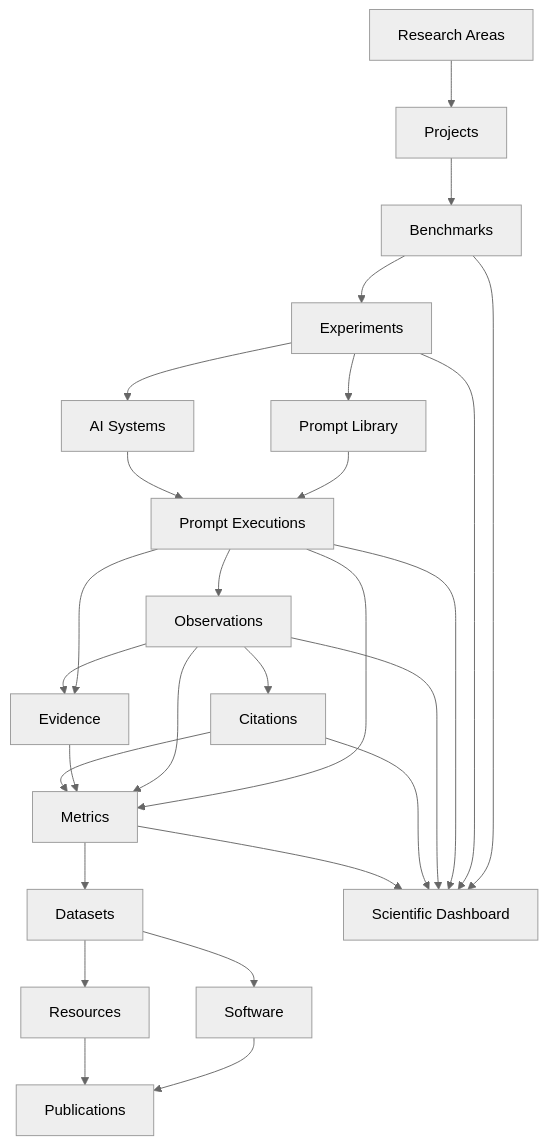
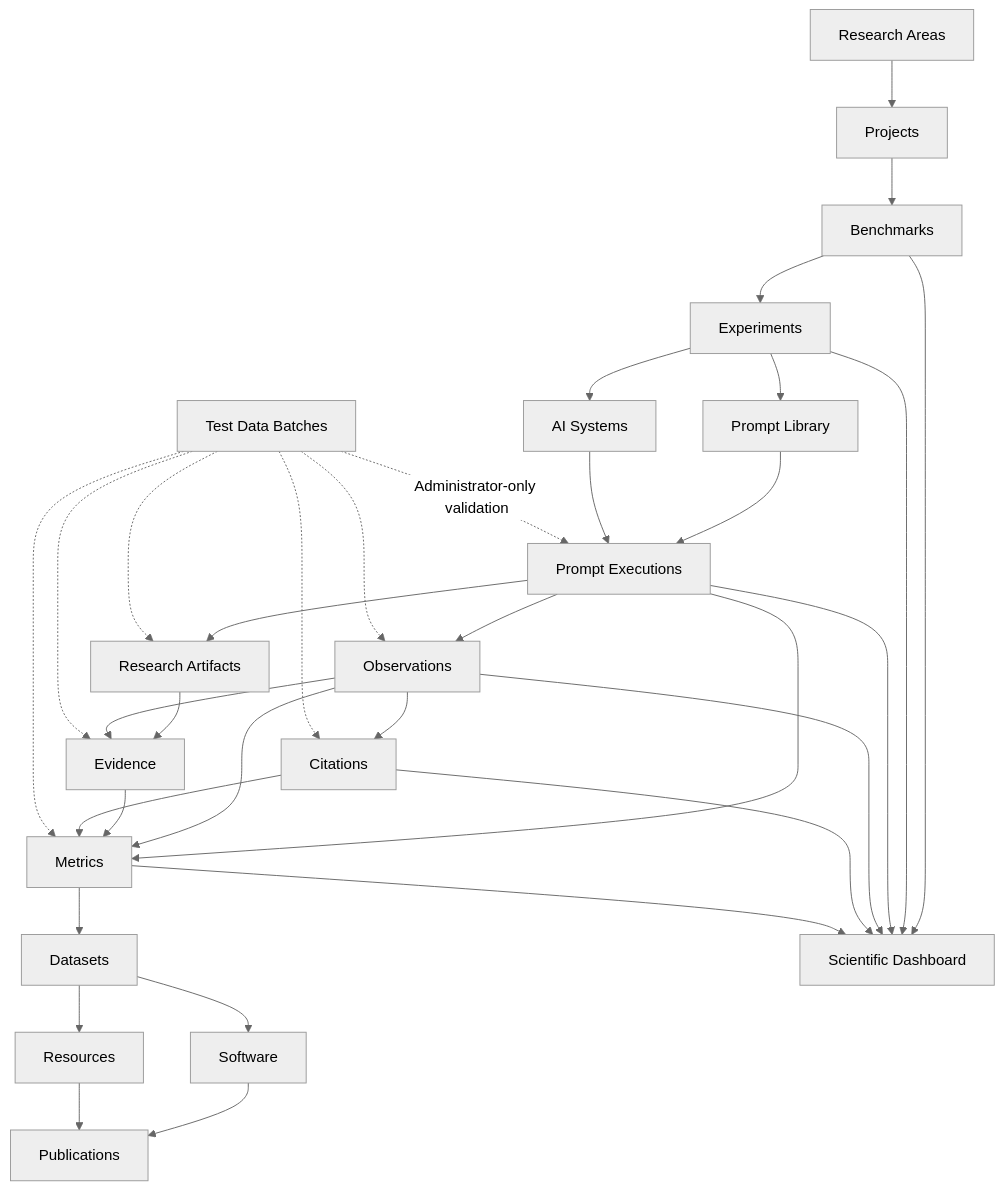
The diagram in README.md (gslhub/website), drawn with Mermaid (neutral theme) before and after one commit. The commit also changed other lines of this file, not shown here.

Commit message:
docs: document validated admin test-data pipeline

````diff
--- a/README.md
+++ b/README.md
@@ -89,34 +90,42 @@
 ```mermaid
 flowchart TD
     A[Research Areas] --> B[Projects]
     B --> C[Benchmarks]
     C --> D[Experiments]
 
     D --> E[Prompt Library]
     D --> F[AI Systems]
     E --> G[Prompt Executions]
     F --> G
 
     G --> H[Observations]
-    G --> I[Evidence]
-    H --> I
-    H --> J[Citations]
+    G --> I[Research Artifacts]
+    I --> J[Evidence]
+    H --> J
+    H --> K[Citations]
 
-    G --> K[Metrics]
-    H --> K
-    I --> K
-    J --> K
+    G --> L[Metrics]
+    H --> L
+    J --> L
+    K --> L
 
-    K --> L[Datasets]
-    L --> M[Software]
-    L --> N[Resources]
-    M --> O[Publications]
-    N --> O
+    L --> M[Datasets]
+    M --> N[Software]
+    M --> O[Resources]
+    N --> P[Publications]
+    O --> P
 
-    C --> P[Scientific Dashboard]
-    D --> P
-    G --> P
-    H --> P
-    J --> P
-    K --> P
+    C --> Q[Scientific Dashboard]
+    D --> Q
+    G --> Q
+    H --> Q
+    K --> Q
+    L --> Q
+
+    T[Test Data Batches] -. Administrator-only validation .-> G
+    T -.-> H
+    T -.-> I
+    T -.-> J
+    T -.-> K
+    T -.-> L
 ```
````
